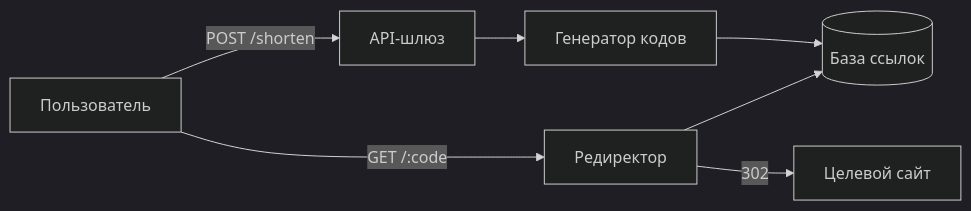
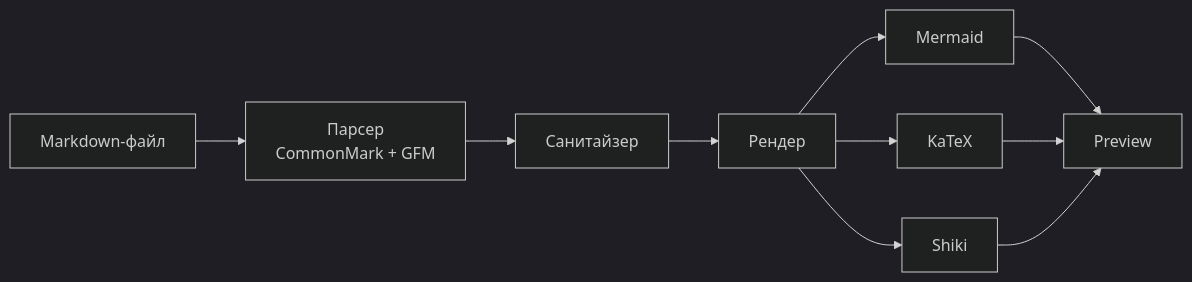
The first of 5 diagrams in skills/markdown-diagrams/references/exemplar.md (Ydjin1984/davinci-markdown-editor), drawn with Mermaid (dark theme) before and after one commit. The commit also changed other lines of this file and 4 other files, not shown here.

````diff
--- a/skills/markdown-diagrams/references/exemplar.md
+++ b/skills/markdown-diagrams/references/exemplar.md
@@ -7,9 +14,12 @@
 ```mermaid
 flowchart LR
-    U[Пользователь] -->|POST /shorten| API[API-шлюз]
-    API --> G[Генератор кодов]
-    G --> DB[(База ссылок)]
-    U -->|GET /:code| R[Редиректор]
-    R --> DB
-    R -->|302| T[Целевой сайт]
+    MD[Markdown-файл] --> P[Парсер<br/>CommonMark + GFM]
+    P --> S[Санитайзер]
+    S --> R[Рендер]
+    R --> M[Mermaid]
+    R --> K[KaTeX]
+    R --> C[Shiki]
+    M --> PV[Preview]
+    K --> PV
+    C --> PV
 ```
````
